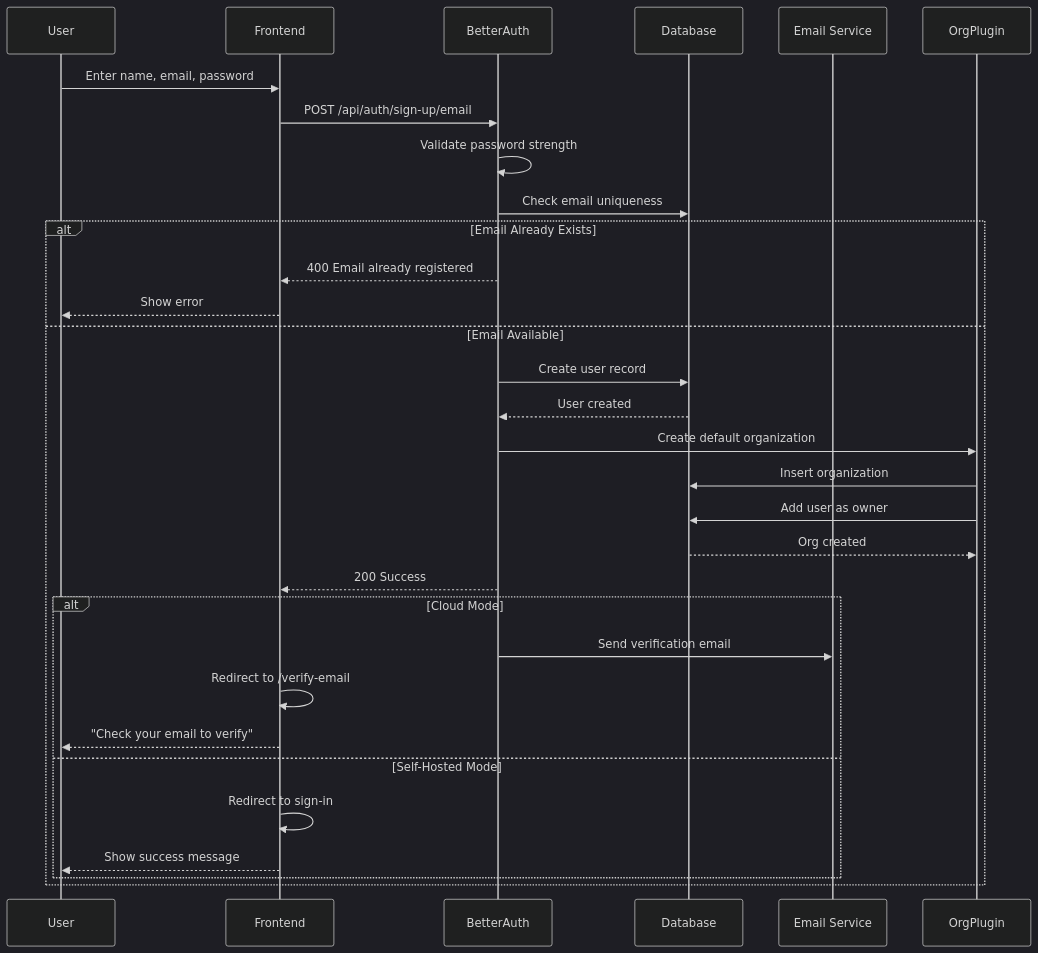
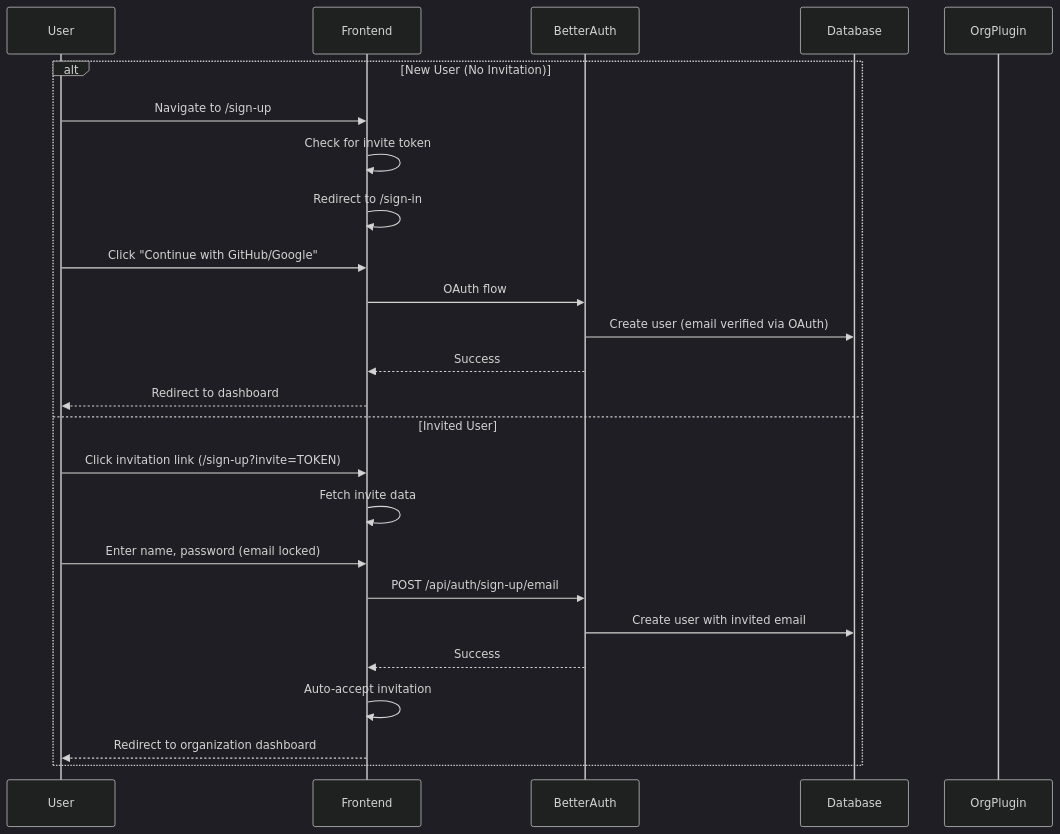
One commit to supercheck-io/supercheck changed the third of 19 diagrams in docs/specs/02-authentication/AUTHENTICATION_SYSTEM.md. Above: the diagram before and after it, drawn with Mermaid (dark theme). The commit also changed other lines of this file and 45 other files, not shown here.

Commit message:
feat: Add Turnstile Captcha, enforce email verification for cloud org creation, and remove disposable email validation.**

````diff
--- a/docs/specs/02-authentication/AUTHENTICATION_SYSTEM.md
+++ b/docs/specs/02-authentication/AUTHENTICATION_SYSTEM.md
@@ -188,38 +193,28 @@
 ```mermaid
 sequenceDiagram
     participant User
     participant Frontend
     participant BetterAuth
     participant Database
-    participant Email as Email Service
     participant OrgPlugin
 
-    User->>Frontend: Enter name, email, password
-    Frontend->>BetterAuth: POST /api/auth/sign-up/email
-    BetterAuth->>BetterAuth: Validate password strength
-    BetterAuth->>Database: Check email uniqueness
-
-    alt Email Already Exists
-        BetterAuth-->>Frontend: 400 Email already registered
-        Frontend-->>User: Show error
-    else Email Available
-        BetterAuth->>Database: Create user record
-        Database-->>BetterAuth: User created
-
-        BetterAuth->>OrgPlugin: Create default organization
-        OrgPlugin->>Database: Insert organization
-        OrgPlugin->>Database: Add user as owner
-        Database-->>OrgPlugin: Org created
-
-        BetterAuth-->>Frontend: 200 Success
-
-        alt Cloud Mode
-            BetterAuth->>Email: Send verification email
-            Frontend->>Frontend: Redirect to /verify-email
-            Frontend-->>User: "Check your email to verify"
-        else Self-Hosted Mode
-            Frontend->>Frontend: Redirect to sign-in
-            Frontend-->>User: Show success message
-        end
+    alt New User (No Invitation)
+        User->>Frontend: Navigate to /sign-up
+        Frontend->>Frontend: Check for invite token
+        Frontend->>Frontend: Redirect to /sign-in
+        User->>Frontend: Click "Continue with GitHub/Google"
+        Frontend->>BetterAuth: OAuth flow
+        BetterAuth->>Database: Create user (email verified via OAuth)
+        BetterAuth-->>Frontend: Success
+        Frontend-->>User: Redirect to dashboard
+    else Invited User
+        User->>Frontend: Click invitation link (/sign-up?invite=TOKEN)
+        Frontend->>Frontend: Fetch invite data
+        User->>Frontend: Enter name, password (email locked)
+        Frontend->>BetterAuth: POST /api/auth/sign-up/email
+        BetterAuth->>Database: Create user with invited email
+        BetterAuth-->>Frontend: Success
+        Frontend->>Frontend: Auto-accept invitation
+        Frontend-->>User: Redirect to organization dashboard
     end
 ```
````
